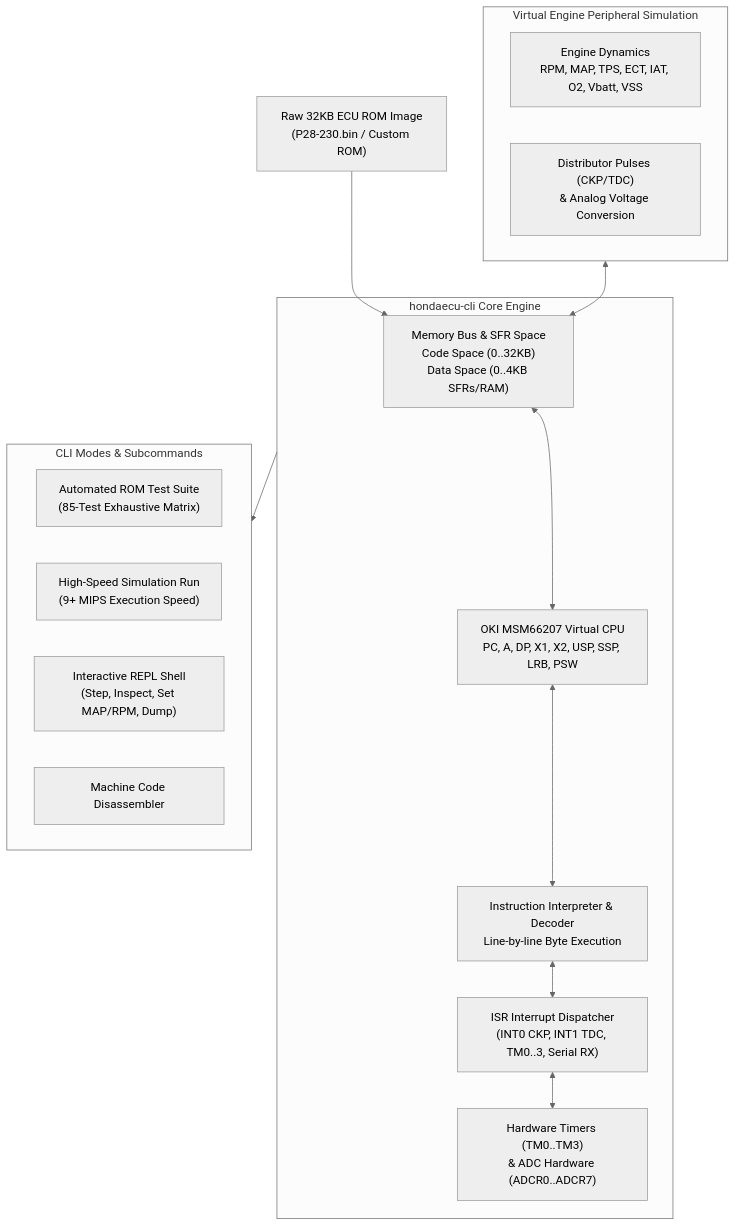
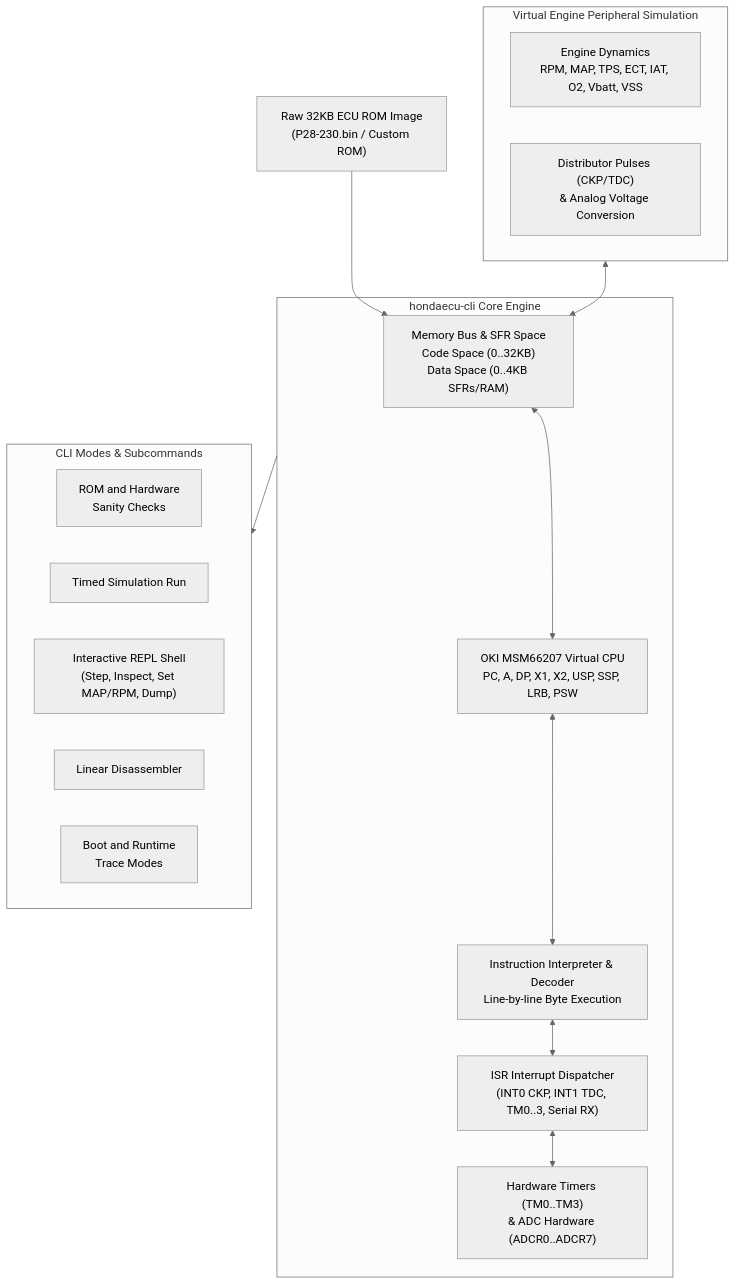
Before and after one commit to VIRUXE/hondaecu-cli: the diagram in README.md, drawn with Mermaid (neutral theme). The commit also changed other lines of this file and 3 other files, not shown here.

````diff
--- a/README.md
+++ b/README.md
@@ -22,31 +22,32 @@
 ```mermaid
 flowchart TD
     ROM["Raw 32KB ECU ROM Image<br/>(P28-230.bin / Custom ROM)"] --> Bus
     
     subgraph Core ["hondaecu-cli Core Engine"]
         CPU["OKI MSM66207 Virtual CPU<br/>PC, A, DP, X1, X2, USP, SSP, LRB, PSW"]
         Interp["Instruction Interpreter & Decoder<br/>Line-by-line Byte Execution"]
         Bus["Memory Bus & SFR Space<br/>Code Space (0..32KB)<br/>Data Space (0..4KB SFRs/RAM)"]
         Timers["Hardware Timers (TM0..TM3)<br/>& ADC Hardware (ADCR0..ADCR7)"]
         ISRs["ISR Interrupt Dispatcher<br/>(INT0 CKP, INT1 TDC, TM0..3, Serial RX)"]
     end
     
     subgraph EngineSim ["Virtual Engine Peripheral Simulation"]
         Engine["Engine Dynamics<br/>RPM, MAP, TPS, ECT, IAT, O2, Vbatt, VSS"]
         Signals["Distributor Pulses (CKP/TDC)<br/>& Analog Voltage Conversion"]
     end
     
     subgraph Modes ["CLI Modes & Subcommands"]
-        Test["Automated ROM Test Suite<br/>(85-Test Exhaustive Matrix)"]
-        Run["High-Speed Simulation Run<br/>(9+ MIPS Execution Speed)"]
+        Test["ROM and Hardware<br/>Sanity Checks"]
+        Run["Timed Simulation Run"]
         REPL["Interactive REPL Shell<br/>(Step, Inspect, Set MAP/RPM, Dump)"]
-        Disasm["Machine Code Disassembler"]
+        Disasm["Linear Disassembler"]
+        Trace["Boot and Runtime<br/>Trace Modes"]
     end
 
     Bus <--> CPU
     CPU <--> Interp
     EngineSim <--> Bus
     Interp <--> ISRs
     ISRs <--> Timers
     Core --> Modes
 ```
````
